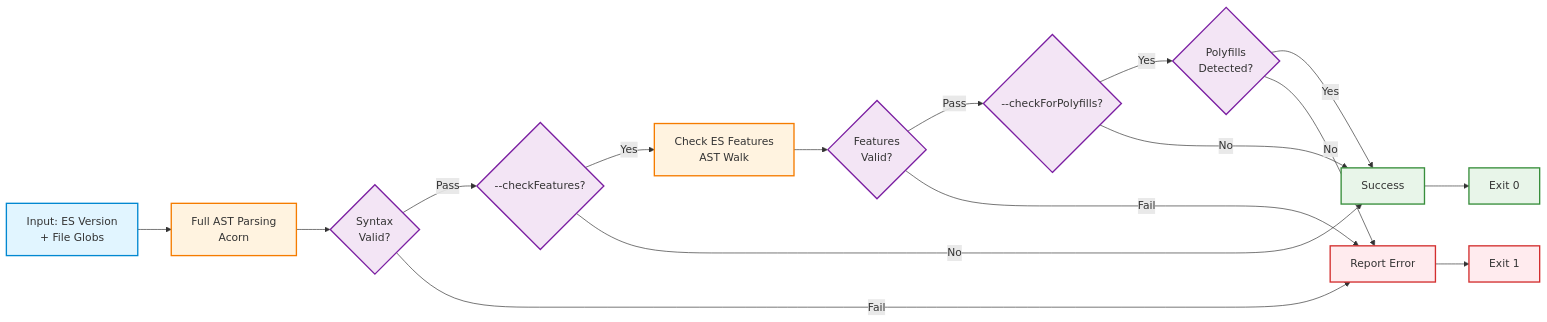
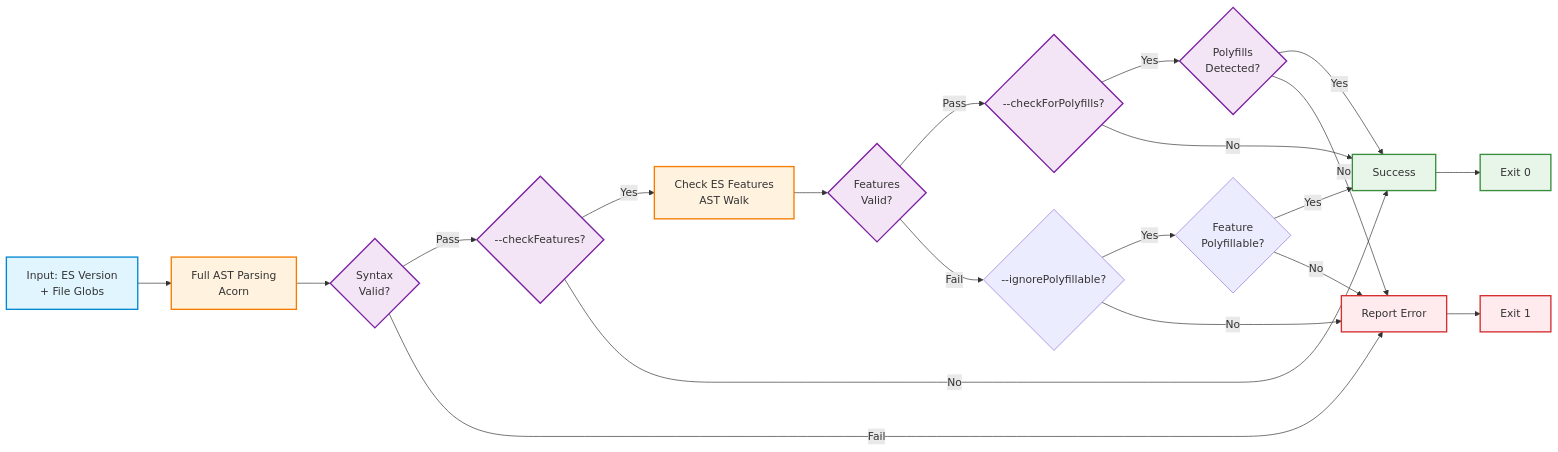
Before and after one commit to yowainwright/es-check: the diagram in README.md, drawn with Mermaid. The commit also changed other lines of this file and 12 other files, not shown here.

````diff
--- a/README.md
+++ b/README.md
@@ -577,30 +597,34 @@
 ```mermaid
 flowchart LR
     A[Input: ES Version<br/>+ File Globs] --> B[Full AST Parsing<br/>Acorn]
     B --> C{Syntax<br/>Valid?}
     C -->|Pass| E{--checkFeatures?}
     C -->|Fail| D[Report Error]
     E -->|Yes| G[Check ES Features<br/>AST Walk]
     E -->|No| F[Success]
     G --> G1{Features<br/>Valid?}
     G1 -->|Pass| H{--checkForPolyfills?}
-    G1 -->|Fail| D
+    G1 -->|Fail| L{--ignorePolyfillable?}
+    L -->|Yes| M{Feature<br/>Polyfillable?}
+    L -->|No| D
+    M -->|Yes| F
+    M -->|No| D
     H -->|Yes| I{Polyfills<br/>Detected?}
     H -->|No| F
     I -->|Yes| F
     I -->|No| D
     D --> J[Exit 1]
     F --> K[Exit 0]
 
     classDef inputStyle fill:#e1f5ff,stroke:#0288d1,stroke-width:2px
     classDef processStyle fill:#fff3e0,stroke:#f57c00,stroke-width:2px
     classDef decisionStyle fill:#f3e5f5,stroke:#7b1fa2,stroke-width:2px
     classDef successStyle fill:#e8f5e9,stroke:#388e3c,stroke-width:2px
     classDef errorStyle fill:#ffebee,stroke:#d32f2f,stroke-width:2px
 
     class A inputStyle
     class B,G processStyle
     class C,E,G1,H,I decisionStyle
     class F,K successStyle
     class D,J errorStyle
 ```
````
